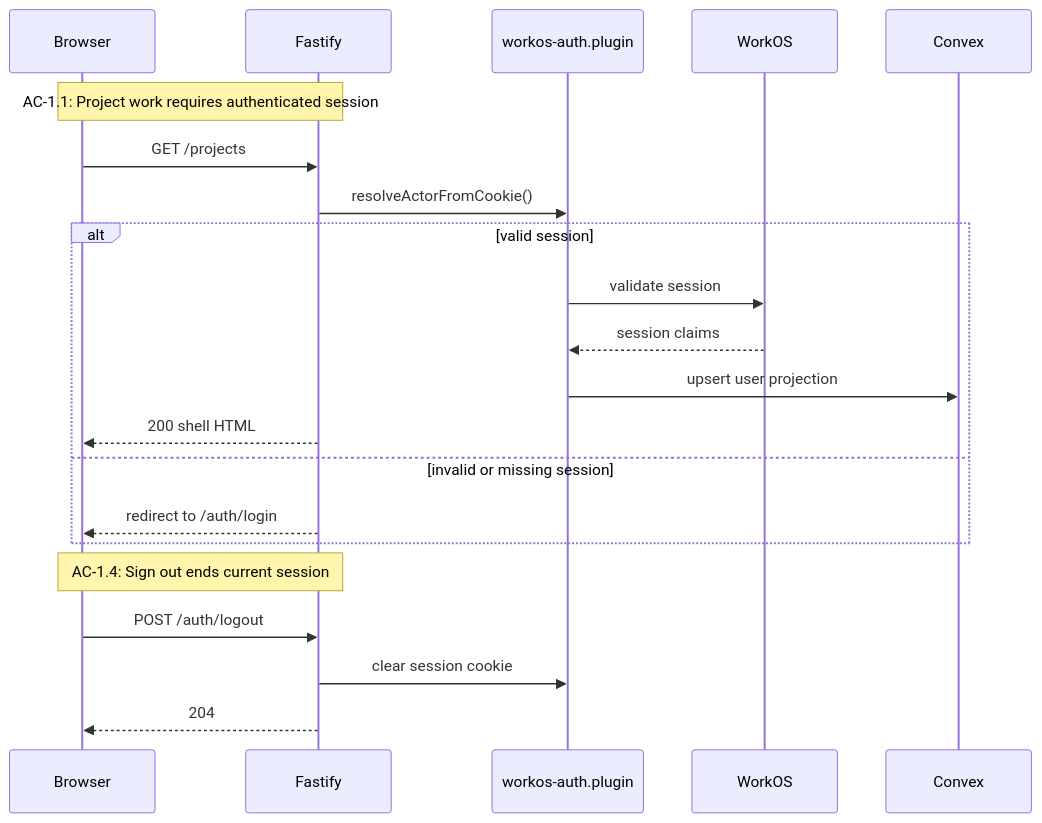
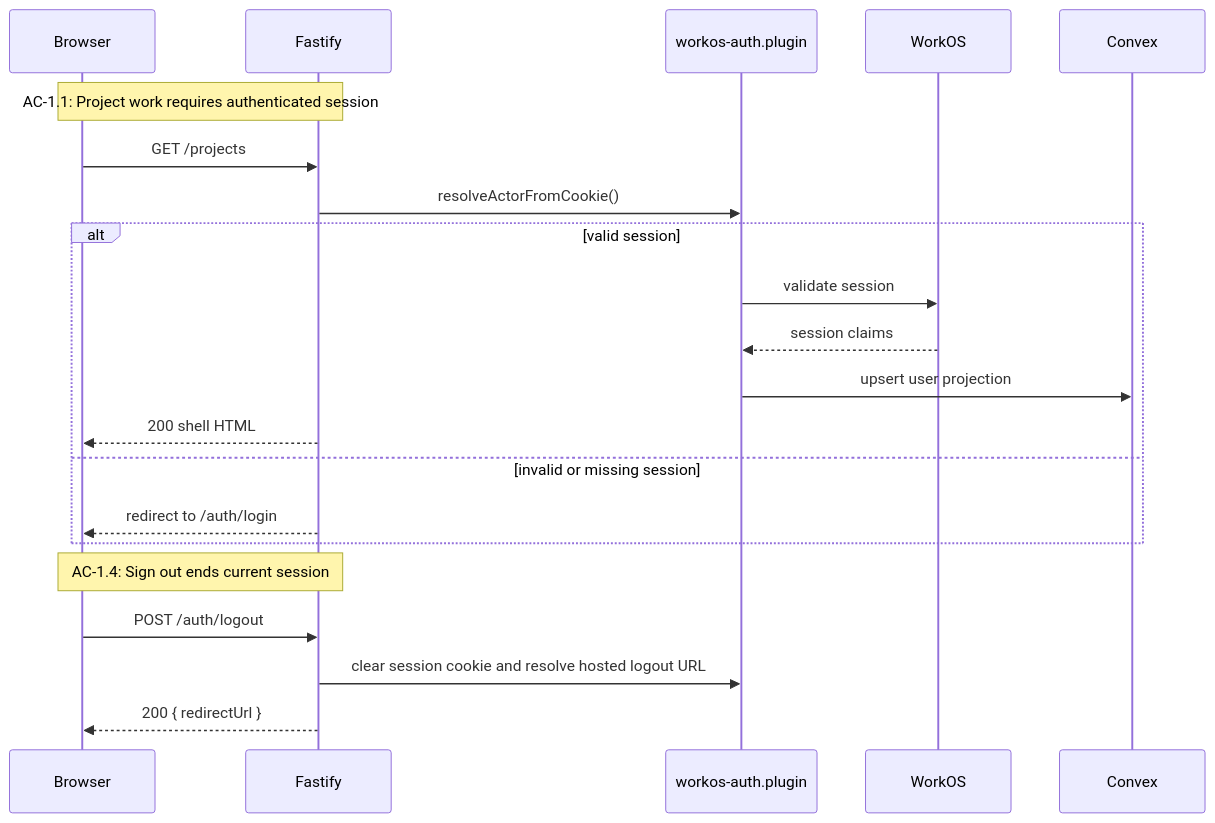
One commit to liminal-ai/liminal-build changed the third of 7 diagrams in docs/spec-build/v2/epics/01--project-and-process-shell/tech-design-server.md. Above: the diagram before and after it, drawn with Mermaid. The commit also changed other lines of this file and 17 other files, not shown here.

````diff
--- a/docs/spec-build/v2/epics/01--project-and-process-shell/tech-design-server.md
+++ b/docs/spec-build/v2/epics/01--project-and-process-shell/tech-design-server.md
@@ -407,25 +407,25 @@
 ```mermaid
 sequenceDiagram
     participant Browser
     participant Fastify
     participant Auth as workos-auth.plugin
     participant WorkOS
     participant Convex
 
     Note over Browser,Fastify: AC-1.1: Project work requires authenticated session
     Browser->>Fastify: GET /projects
     Fastify->>Auth: resolveActorFromCookie()
     alt valid session
         Auth->>WorkOS: validate session
         WorkOS-->>Auth: session claims
         Auth->>Convex: upsert user projection
         Fastify-->>Browser: 200 shell HTML
     else invalid or missing session
         Fastify-->>Browser: redirect to /auth/login
     end
 
     Note over Browser,Fastify: AC-1.4: Sign out ends current session
     Browser->>Fastify: POST /auth/logout
-    Fastify->>Auth: clear session cookie
-    Fastify-->>Browser: 204
+    Fastify->>Auth: clear session cookie and resolve hosted logout URL
+    Fastify-->>Browser: 200 { redirectUrl }
 ```
````
